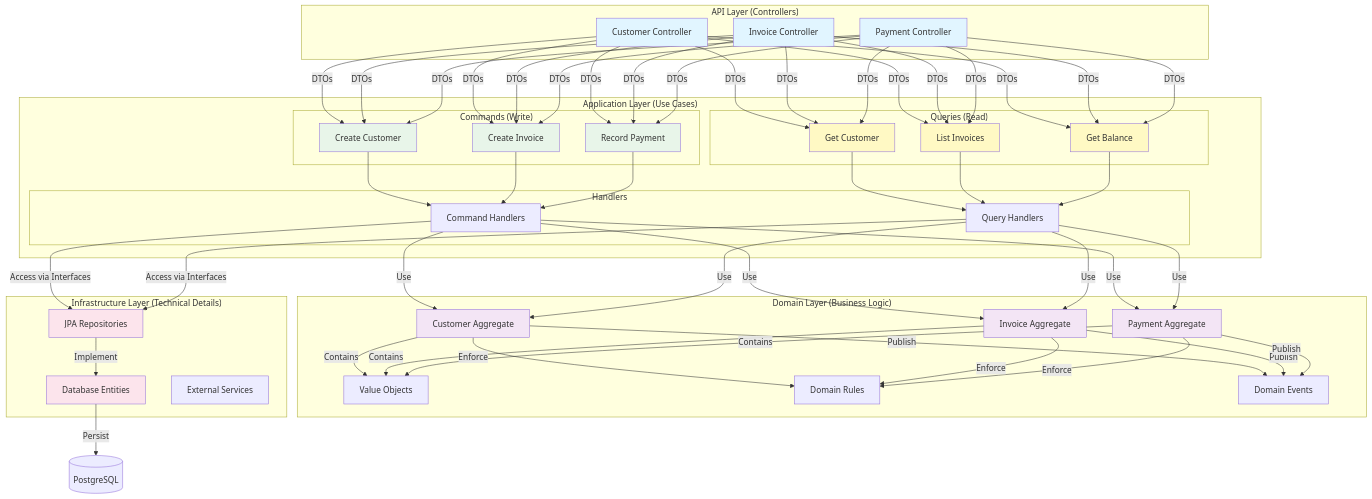
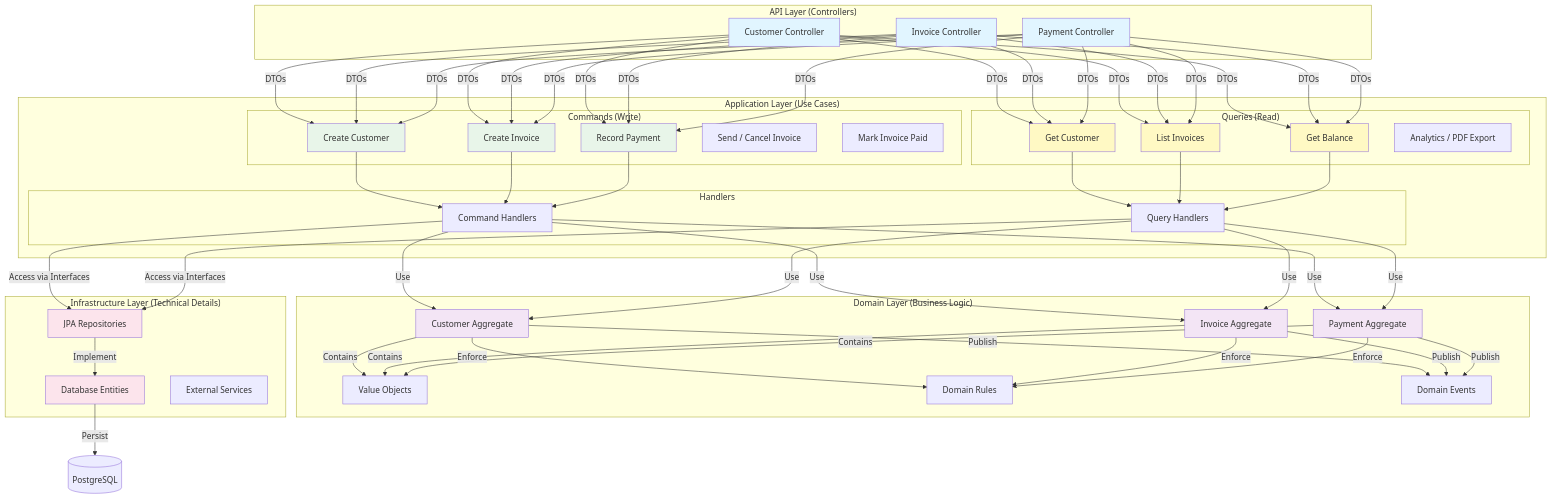
One commit to Rhoahndur/Osgiliath changed the second of 24 diagrams in architecture.md. Above: the diagram before and after it, drawn with Mermaid. The commit also changed other lines of this file and 131 other files, not shown here.

````diff
--- a/architecture.md
+++ b/architecture.md
@@ -75,70 +78,73 @@
 ```mermaid
 graph TB
     subgraph "API Layer (Controllers)"
         C1[Customer Controller]
         C2[Invoice Controller]
         C3[Payment Controller]
     end
     
     subgraph "Application Layer (Use Cases)"
         subgraph "Commands (Write)"
             CMD1[Create Customer]
             CMD2[Create Invoice]
             CMD3[Record Payment]
+            CMD4[Send / Cancel Invoice]
+            CMD5[Mark Invoice Paid]
         end
-        
+
         subgraph "Queries (Read)"
             QRY1[Get Customer]
             QRY2[List Invoices]
             QRY3[Get Balance]
+            QRY4[Analytics / PDF Export]
         end
         
         subgraph "Handlers"
             H1[Command Handlers]
             H2[Query Handlers]
         end
     end
     
     subgraph "Domain Layer (Business Logic)"
         AGG1[Customer Aggregate]
         AGG2[Invoice Aggregate]
         AGG3[Payment Aggregate]
         VO[Value Objects]
         DR[Domain Rules]
         DE[Domain Events]
     end
     
     subgraph "Infrastructure Layer (Technical Details)"
         REPO1[JPA Repositories]
         REPO2[Database Entities]
         EXT[External Services]
     end
     
     DB[(PostgreSQL)]
     
     C1 & C2 & C3 -->|DTOs| CMD1 & CMD2 & CMD3 & QRY1 & QRY2 & QRY3
     CMD1 & CMD2 & CMD3 --> H1
     QRY1 & QRY2 & QRY3 --> H2
     H1 & H2 -->|Use| AGG1 & AGG2 & AGG3
     AGG1 & AGG2 & AGG3 -->|Contains| VO
     AGG1 & AGG2 & AGG3 -->|Enforce| DR
     AGG1 & AGG2 & AGG3 -->|Publish| DE
     H1 & H2 -->|Access via Interfaces| REPO1
     REPO1 -->|Implement| REPO2
     REPO2 -->|Persist| DB
     
     style C1 fill:#e1f5ff
     style C2 fill:#e1f5ff
     style C3 fill:#e1f5ff
     style CMD1 fill:#e8f5e9
     style CMD2 fill:#e8f5e9
     style CMD3 fill:#e8f5e9
     style QRY1 fill:#fff9c4
     style QRY2 fill:#fff9c4
     style QRY3 fill:#fff9c4
     style AGG1 fill:#f3e5f5
     style AGG2 fill:#f3e5f5
     style AGG3 fill:#f3e5f5
     style REPO1 fill:#fce4ec
     style REPO2 fill:#fce4ec
 ```
````
